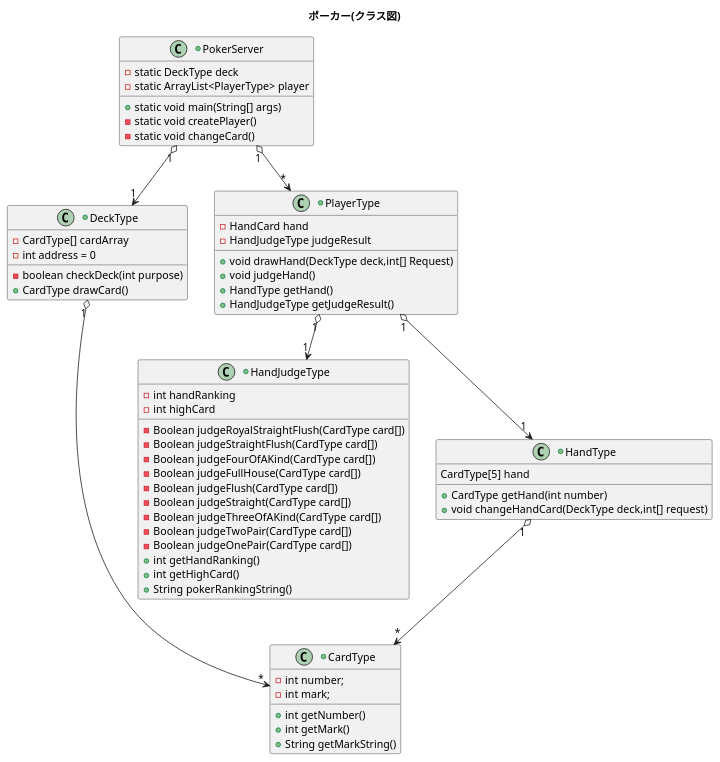
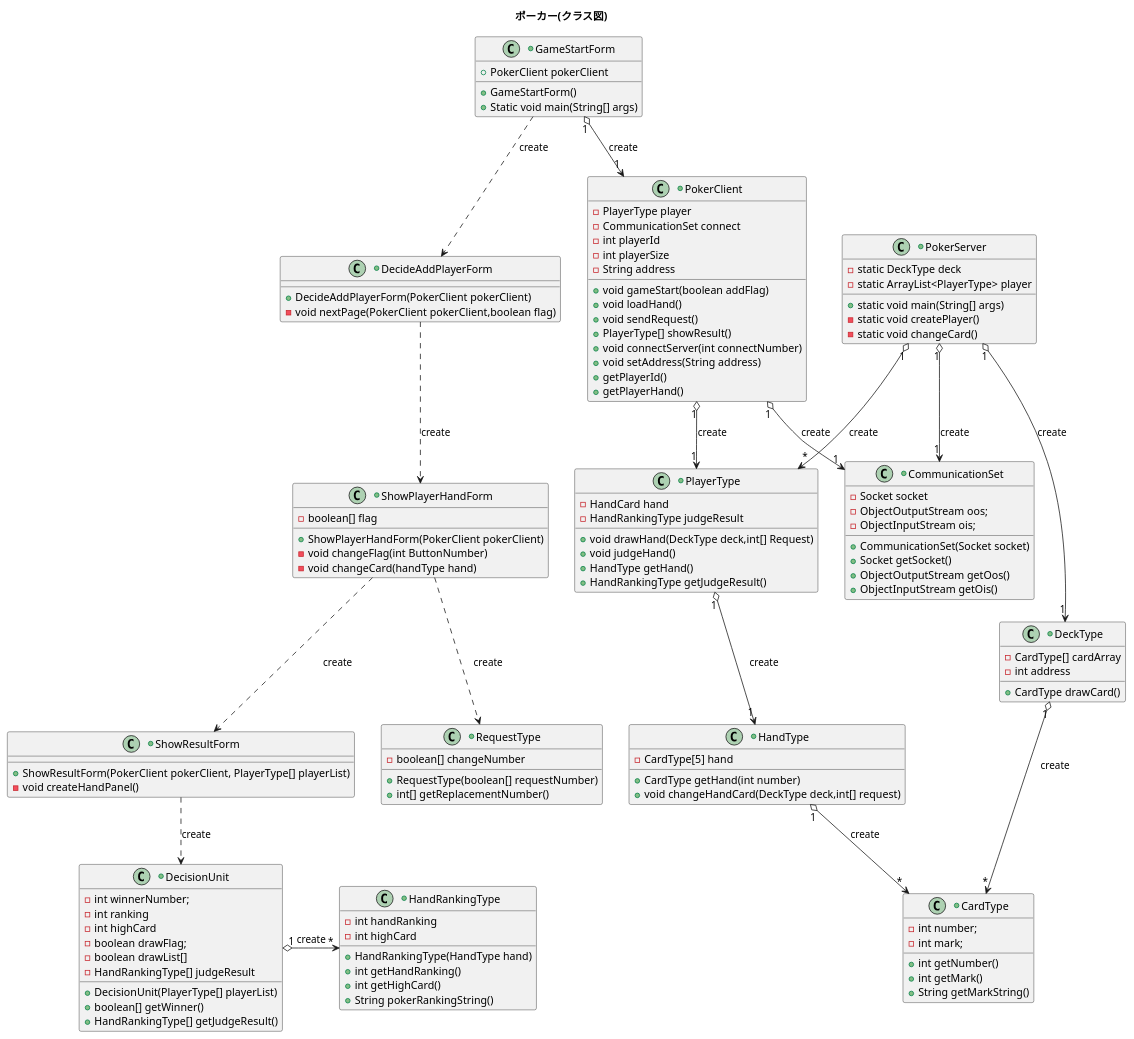
Before and after one commit to ss6987/Poker: the diagram in src/poker_class.puml, drawn with PlantUML. The commit also changed 80 other files, not shown here.

```diff
--- a/src/poker_class.puml
+++ b/src/poker_class.puml
@@ -1,67 +1,134 @@
 @startuml
 title ポーカー(クラス図)
 
 +class CardType{
     -int number;
     -int mark;
-    + int getNumber()
+    +int getNumber()
     +int getMark()
     +String getMarkString()
 }
 
++class HandType{
+    -CardType[5] hand
+    +CardType getHand(int number)
+    +void changeHandCard(DeckType deck,int[] request)
+}
+
 +class DeckType{
     -CardType[] cardArray
-    -int address = 0
-    -boolean checkDeck(int purpose)
+    -int address
     +CardType drawCard()
-}
-
-+class HandJudgeType{
-    -int handRanking
-    -int highCard
-    -Boolean judgeRoyalStraightFlush(CardType card[])
-    -Boolean judgeStraightFlush(CardType card[])
-    -Boolean judgeFourOfAKind(CardType card[])
-    -Boolean judgeFullHouse(CardType card[])
-    -Boolean judgeFlush(CardType card[])
-    -Boolean judgeStraight(CardType card[])
-    -Boolean judgeThreeOfAKind(CardType card[])
-    -Boolean judgeTwoPair(CardType card[])
-    -Boolean judgeOnePair(CardType card[])
-    +int getHandRanking()
-    +int getHighCard()
-    +String pokerRankingString()
-}
-
-+class HandType{
-    CardType[5] hand
-    +CardType getHand(int number)
-    +void changeHandCard(DeckType deck,int[] request)
-
 }
 
 +class PlayerType{
     -HandCard hand
-    -HandJudgeType judgeResult
+    -HandRankingType judgeResult
     +void drawHand(DeckType deck,int[] Request)
     +void judgeHand()
     +HandType getHand()
-    +HandJudgeType getJudgeResult()
+    +HandRankingType getJudgeResult()
 }
+
 
 +class PokerServer{
     -static DeckType deck
     -static ArrayList<PlayerType> player
     +static void main(String[] args)
     -static void createPlayer()
     -static void changeCard()
 }
 
-PokerServer "1" o-down-> "*" PlayerType
-PokerServer "1" o-down-> "1" DeckType
-PlayerType "1" o-down-> "1" HandType
-PlayerType "1" o-down-> "1" HandJudgeType
-HandType "1" o-down-> "*" CardType
-DeckType "1" o-down-> "*" CardType
++class PokerClient{
+    -PlayerType player
+    -CommunicationSet connect
+    -int playerId
+    -int playerSize
+    -String address
+    +void gameStart(boolean addFlag)
+    +void loadHand()
+    +void sendRequest()
+    +PlayerType[] showResult()
+    +void connectServer(int connectNumber)
+    +void setAddress(String address)
+    +getPlayerId()
+    +getPlayerHand()
+}
+
++Class CommunicationSet{
+    -Socket socket
+    -ObjectOutputStream oos;
+    -ObjectInputStream ois;
+    +CommunicationSet(Socket socket)
+    +Socket getSocket()
+    +ObjectOutputStream getOos()
+    +ObjectInputStream getOis()
+}
+
++class DecisionUnit{
+    -int winnerNumber;
+    -int ranking
+    -int highCard
+    -boolean drawFlag;
+    -boolean drawList[]
+    -HandRankingType[] judgeResult
+    +DecisionUnit(PlayerType[] playerList)
+    +boolean[] getWinner()
+    +HandRankingType[] getJudgeResult()
+}
+
++class RequestType{
+    -boolean[] changeNumber
+    +RequestType(boolean[] requestNumber)
+    +int[] getReplacementNumber()
+}
+
++class HandRankingType{
+    -int handRanking
+    -int highCard
+    +HandRankingType(HandType hand)
+    +int getHandRanking()
+    +int getHighCard()
+    +String pokerRankingString()
+}
+
++class GameStartForm{
+    +PokerClient pokerClient
+    +GameStartForm()
+    +Static void main(String[] args)
+}
+
++class DecideAddPlayerForm{
+    +DecideAddPlayerForm(PokerClient pokerClient)
+    -void nextPage(PokerClient pokerClient,boolean flag)
+}
+
++class ShowPlayerHandForm{
+    -boolean[] flag
+    +ShowPlayerHandForm(PokerClient pokerClient)
+    -void changeFlag(int ButtonNumber)
+    -void changeCard(handType hand)
+}
+
++class ShowResultForm{
+    +ShowResultForm(PokerClient pokerClient, PlayerType[] playerList)
+    -void createHandPanel()
+}
+
+GameStartForm "1" o-down-> "1" PokerClient : create
+GameStartForm .down.> DecideAddPlayerForm : create
+PokerClient "1" o-down-> "1" PlayerType : create
+PokerClient "1" o-down-> "1" CommunicationSet : create
+PokerServer "1" o-down-> "*" PlayerType : create
+PokerServer "1" o-down-> "1" DeckType : create
+PokerServer "1" o-down-> "1" CommunicationSet : create
+DecideAddPlayerForm .down.> ShowPlayerHandForm : create
+PlayerType "1" o-down-> "1" HandType : create
+ShowPlayerHandForm .down.> ShowResultForm : create
+ShowPlayerHandForm .down.> RequestType : create
+HandType "1" o-down-> "*" CardType : create
+DeckType "1" o-down-> "*" CardType : create
+ShowResultForm .down.> DecisionUnit : create
+DecisionUnit "1" o-right-> "*" HandRankingType : create
 
 @enduml
```
